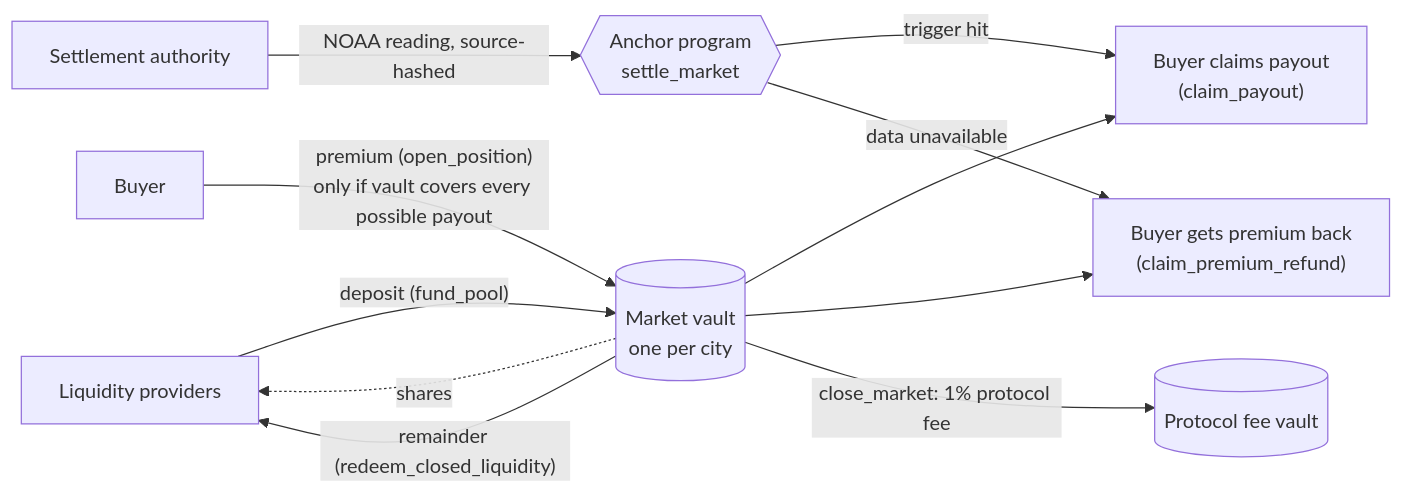
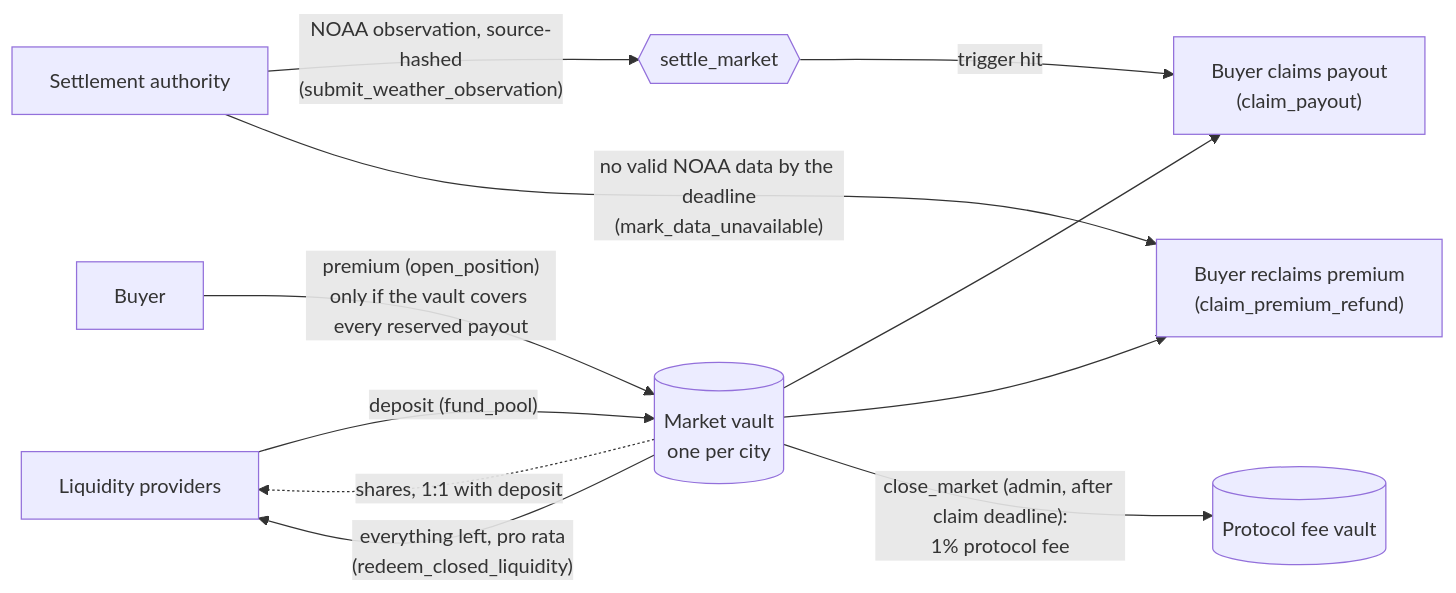
One commit to msourial/SkyHedge-Sol changed the diagram in README.md. Above: the diagram before and after it, drawn with Mermaid. The commit also changed other lines of this file and 5 other files, not shown here.

Commit message:
docs: align money flow with the Anchor program (funding is permissionless, fee is 1% of coverage and waived on DATA_UNAVAILABLE, fund before open)

````diff
--- a/README.md
+++ b/README.md
@@ -53,13 +53,13 @@
 ```mermaid
 flowchart LR
   LP["Liquidity providers"] -- "deposit (fund_pool)" --> V[("Market vault<br/>one per city")]
-  V -. "shares" .-> LP
-  B["Buyer"] -- "premium (open_position)<br/>only if vault covers every possible payout" --> V
-  SA["Settlement authority"] -- "NOAA reading, source-hashed" --> P{{"Anchor program<br/>settle_market"}}
+  V -. "shares, 1:1 with deposit" .-> LP
+  B["Buyer"] -- "premium (open_position)<br/>only if the vault covers every reserved payout" --> V
+  SA["Settlement authority"] -- "NOAA observation, source-hashed<br/>(submit_weather_observation)" --> P{{"settle_market"}}
   P -- "trigger hit" --> C["Buyer claims payout<br/>(claim_payout)"]
-  P -- "data unavailable" --> R["Buyer gets premium back<br/>(claim_premium_refund)"]
+  SA -- "no valid NOAA data by the deadline<br/>(mark_data_unavailable)" --> R["Buyer reclaims premium<br/>(claim_premium_refund)"]
   V --> C
   V --> R
-  V -- "close_market: 1% protocol fee" --> F[("Protocol fee vault")]
-  V -- "remainder (redeem_closed_liquidity)" --> LP
+  V -- "close_market (admin, after claim deadline):<br/>1% protocol fee" --> F[("Protocol fee vault")]
+  V -- "everything left, pro rata<br/>(redeem_closed_liquidity)" --> LP
 ```
````
